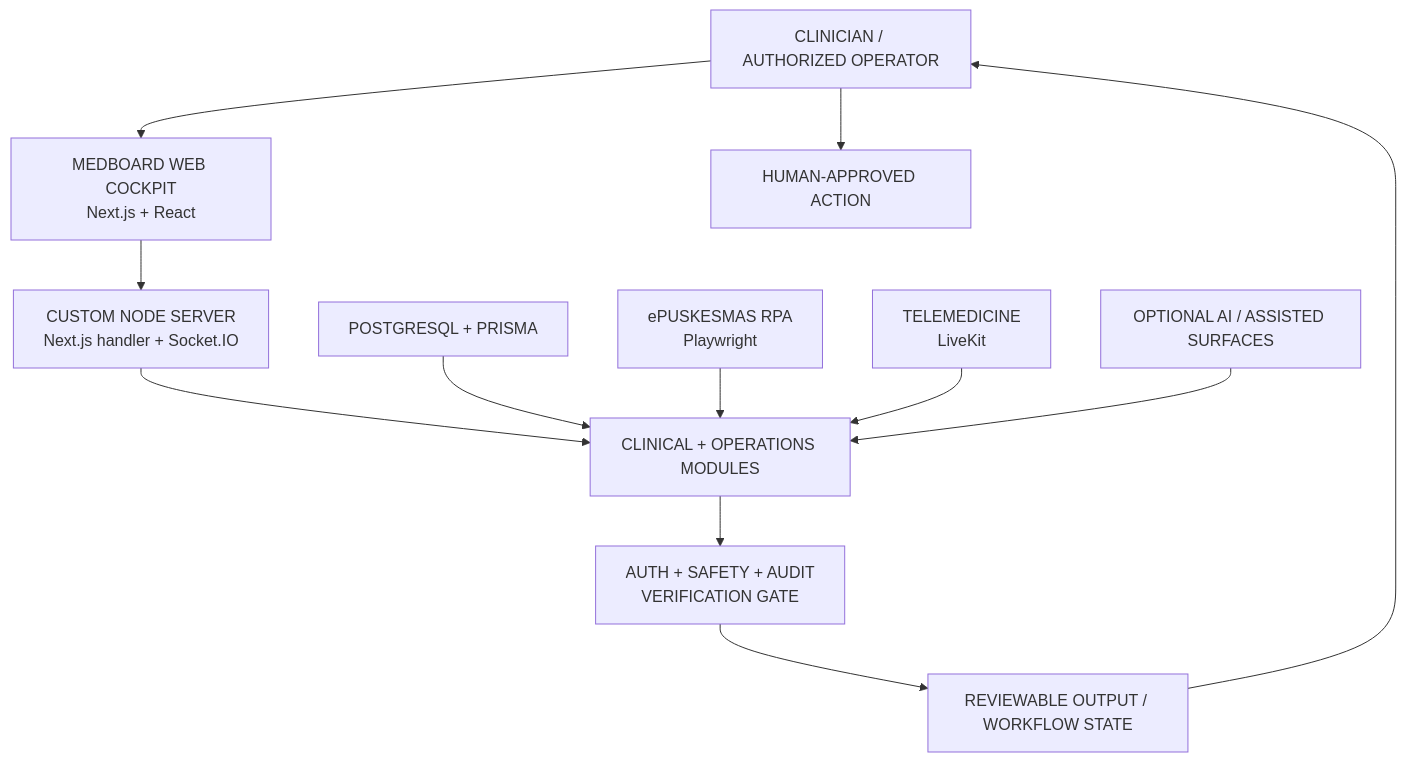
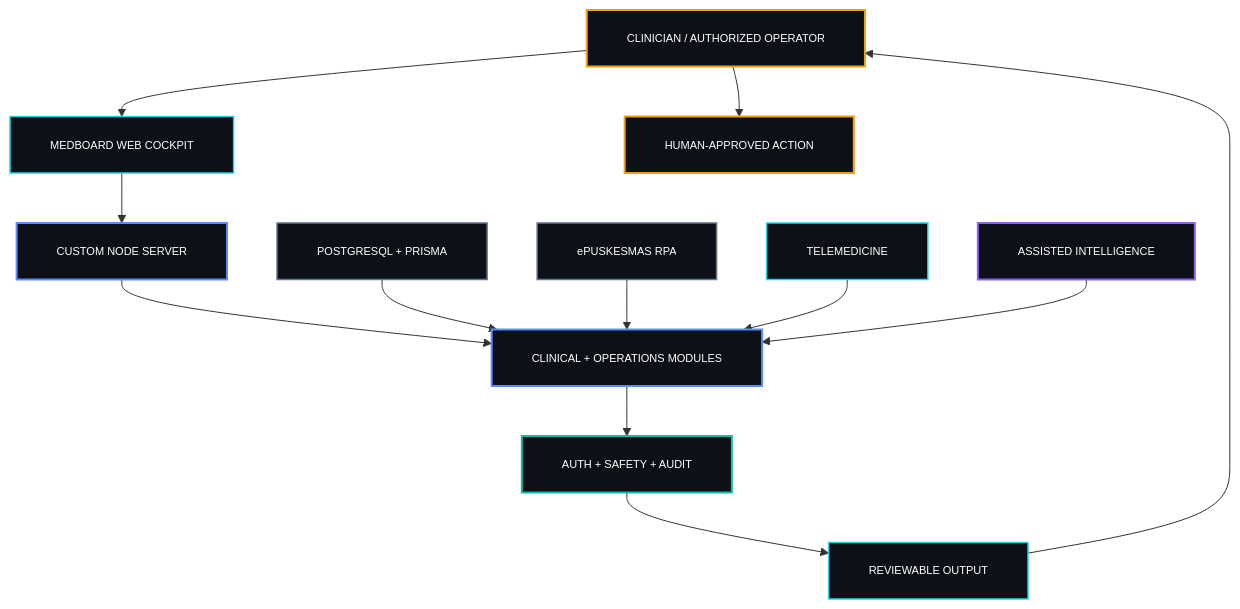
Before and after one commit to drferdi/Medboard: the first of 2 diagrams in README.md, drawn with Mermaid. The commit also changed other lines of this file, not shown here.

Commit message:
docs: align README diagrams and table typography with Sentra profile

```diff
--- a/README.md
+++ b/README.md
@@ -95,26 +95,41 @@
 ~~~mermaid
+%%{init: {"flowchart": {"htmlLabels": false, "padding": 20}, "themeVariables": {"fontFamily": "monospace", "fontSize": "11px"}}}%%
 flowchart TB
   HUMAN["CLINICIAN / AUTHORIZED OPERATOR"]
-  UI["MEDBOARD WEB COCKPIT<br/>Next.js + React"]
-  SERVER["CUSTOM NODE SERVER<br/>Next.js handler + Socket.IO"]
+  UI["MEDBOARD WEB COCKPIT"]
+  SERVER["CUSTOM NODE SERVER"]
   DOMAIN["CLINICAL + OPERATIONS MODULES"]
   DB["POSTGRESQL + PRISMA"]
-  EMR["ePUSKESMAS RPA<br/>Playwright"]
-  VIDEO["TELEMEDICINE<br/>LiveKit"]
-  AI["OPTIONAL AI / ASSISTED SURFACES"]
-  GATE["AUTH + SAFETY + AUDIT<br/>VERIFICATION GATE"]
-  OUT["REVIEWABLE OUTPUT / WORKFLOW STATE"]
+  EMR["ePUSKESMAS RPA"]
+  VIDEO["TELEMEDICINE"]
+  AI["ASSISTED INTELLIGENCE"]
+  GATE["AUTH + SAFETY + AUDIT"]
+  OUT["REVIEWABLE OUTPUT"]
   ACTION["HUMAN-APPROVED ACTION"]
 
   HUMAN --> UI
   UI --> SERVER
   SERVER --> DOMAIN
   DB --> DOMAIN
   EMR --> DOMAIN
   VIDEO --> DOMAIN
   AI --> DOMAIN
   DOMAIN --> GATE
   GATE --> OUT
   OUT --> HUMAN
   HUMAN --> ACTION
+
+  classDef authority fill:#0D1117,stroke:#F59E0B,color:#ffffff,stroke-width:2px;
+  classDef agent fill:#0D1117,stroke:#8B5CF6,color:#ffffff,stroke-width:2px;
+  classDef control fill:#0D1117,stroke:#14B8A6,color:#ffffff,stroke-width:2px;
+  classDef core fill:#0D1117,stroke:#5B8CFF,color:#ffffff,stroke-width:2px;
+  classDef shared fill:#0D1117,stroke:#64748B,color:#ffffff,stroke-width:1.5px;
+  classDef surface fill:#0D1117,stroke:#22D3EE,color:#ffffff,stroke-width:1.5px;
+
+  class HUMAN,ACTION authority;
+  class AI agent;
+  class GATE control;
+  class SERVER,DOMAIN core;
+  class DB,EMR shared;
+  class UI,VIDEO,OUT surface;
 ~~~
```
